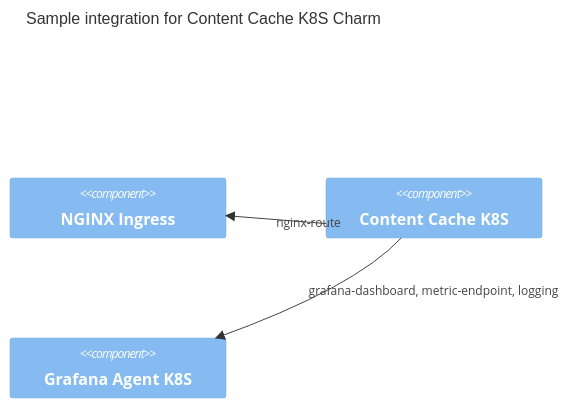
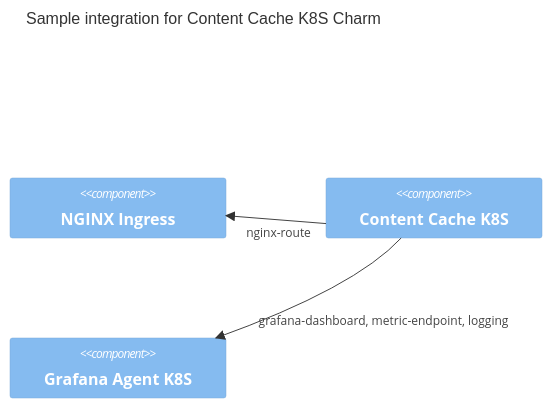
One commit to canonical/content-cache-k8s-operator changed the second of 2 diagrams in docs/explanation/charm-architecture.md. Above: the diagram before and after it, drawn with Mermaid.

````diff
--- a/docs/explanation/charm-architecture.md
+++ b/docs/explanation/charm-architecture.md
@@ -64,11 +64,14 @@
 ```mermaid
 C4Component
 title Sample integration for Content Cache K8S Charm
 
 Component(nginx-ingress, "NGINX Ingress", "", "")
 Component(charm, "Content Cache K8S", "", "")
 Component(grafana-agent-k8s, "Grafana Agent K8S", "", "")
 
 Rel(charm, nginx-ingress,"nginx-route")
 Rel(charm, grafana-agent-k8s, "grafana-dashboard, metric-endpoint, logging")
+
+UpdateRelStyle(charm, nginx-ingress, $offsetX="-30", $offsetY="10")
+UpdateRelStyle(charm, grafana-agent-k8s, $offsetX="-50", $offsetY="30")
 ```
````
